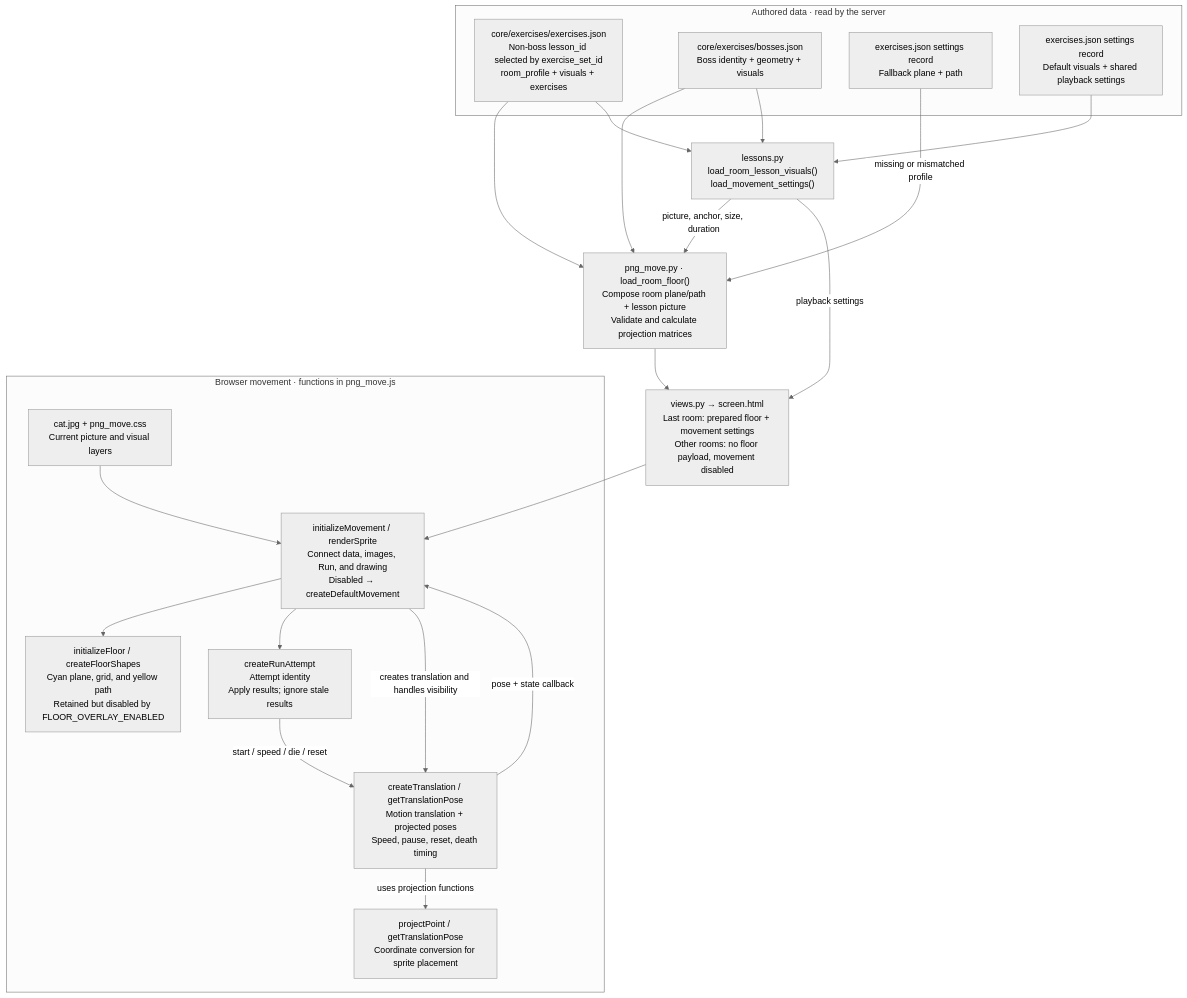
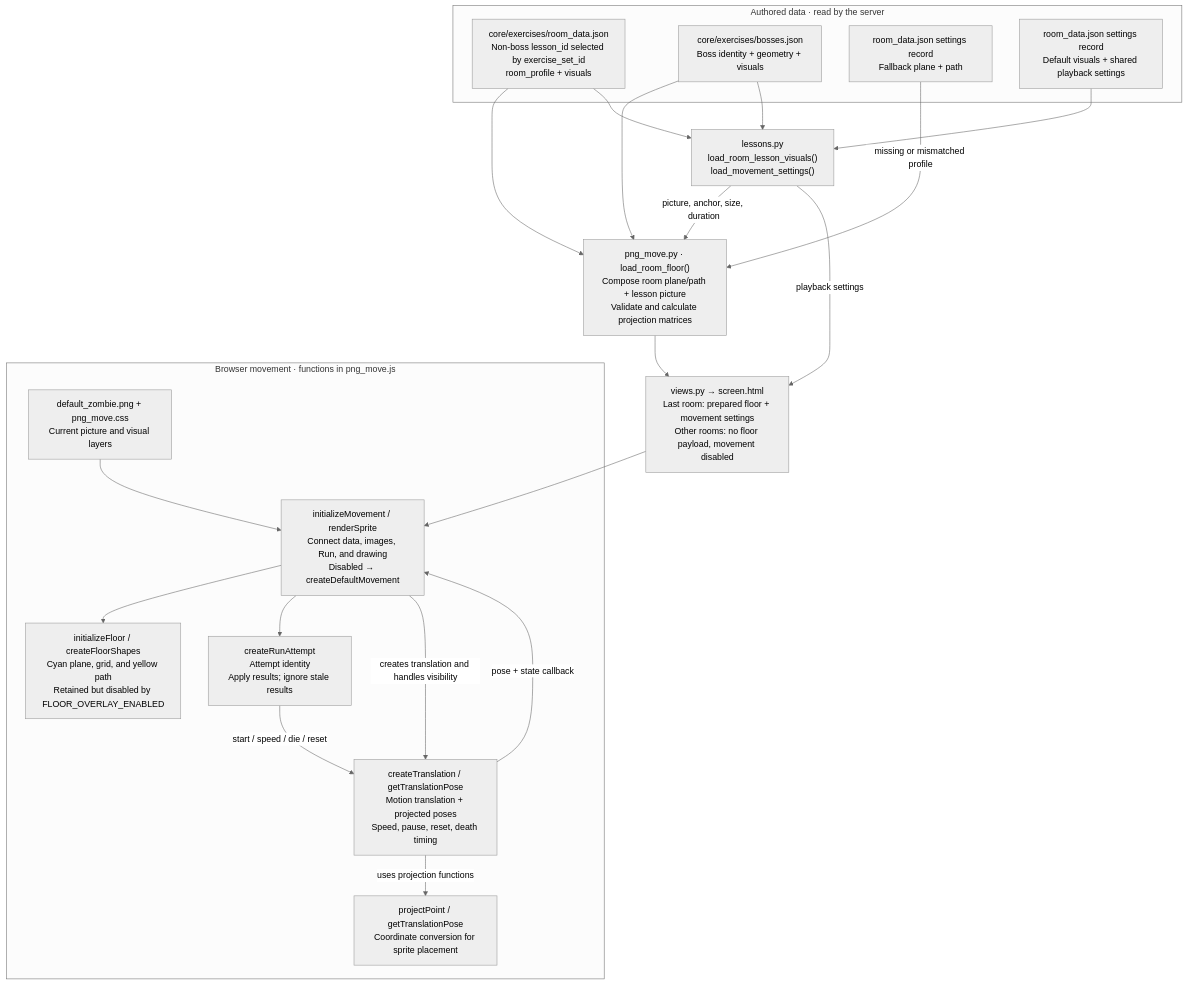
Before and after one commit to UCCS-CS4300-5300/group3-fall2026: the second of 3 diagrams in project/docs/architecture.md, drawn with Mermaid (neutral theme). The commit also changed other lines of this file and 13 other files, not shown here.

Commit message:
Room data now in two files as requested. Updated zombie assets, and relocated room doc to docs

````diff
--- a/project/docs/architecture.md
+++ b/project/docs/architecture.md
@@ -61,40 +61,40 @@
 ```mermaid
 flowchart TB
     subgraph DATA["Authored data · read by the server"]
-        ROOMDATA["core/exercises/exercises.json<br/>Non-boss lesson_id selected by exercise_set_id<br/>room_profile + visuals + exercises"]
+        ROOMDATA["core/exercises/room_data.json<br/>Non-boss lesson_id selected by exercise_set_id<br/>room_profile + visuals"]
         BOSSDATA["core/exercises/bosses.json<br/>Boss identity + geometry + visuals"]
-        DEFAULT["exercises.json settings record<br/>Fallback plane + path"]
-        VISUAL["exercises.json settings record<br/>Default visuals + shared playback settings"]
+        DEFAULT["room_data.json settings record<br/>Fallback plane + path"]
+        VISUAL["room_data.json settings record<br/>Default visuals + shared playback settings"]
     end
 
     PY["png_move.py · load_room_floor()<br/>Compose room plane/path + lesson picture<br/>Validate and calculate projection matrices"]
     LESSON["lessons.py<br/>load_room_lesson_visuals()<br/>load_movement_settings()"]
     GATE["views.py → screen.html<br/>Last room: prepared floor + movement settings<br/>Other rooms: no floor payload, movement disabled"]
 
     subgraph BROWSER["Browser movement · functions in png_move.js"]
         GEOMETRY["projectPoint / getTranslationPose<br/>Coordinate conversion for sprite placement"]
         OVERLAY["initializeFloor / createFloorShapes<br/>Cyan plane, grid, and yellow path<br/>Retained but disabled by FLOOR_OVERLAY_ENABLED"]
         MOVEMENT["initializeMovement / renderSprite<br/>Connect data, images, Run, and drawing<br/>Disabled → createDefaultMovement"]
         ENCOUNTER["createRunAttempt<br/>Attempt identity<br/>Apply results; ignore stale results"]
         PLAYBACK["createTranslation / getTranslationPose<br/>Motion translation + projected poses<br/>Speed, pause, reset, death timing"]
-        SPRITE["cat.jpg + png_move.css<br/>Current picture and visual layers"]
+        SPRITE["default_zombie.png + png_move.css<br/>Current picture and visual layers"]
     end
 
     ROOMDATA --> PY
     ROOMDATA --> LESSON
     BOSSDATA --> PY
     BOSSDATA --> LESSON
     DEFAULT -->|"missing or mismatched profile"| PY
     VISUAL --> LESSON
     LESSON -->|"picture, anchor, size, duration"| PY
     LESSON -->|"playback settings"| GATE
     PY --> GATE
     GATE --> MOVEMENT
     MOVEMENT --> OVERLAY
     MOVEMENT --> ENCOUNTER
     ENCOUNTER -->|"start / speed / die / reset"| PLAYBACK
     MOVEMENT -->|"creates translation and handles visibility"| PLAYBACK
     PLAYBACK -->|"uses projection functions"| GEOMETRY
     PLAYBACK -->|"pose + state callback"| MOVEMENT
     SPRITE --> MOVEMENT
 ```
````
